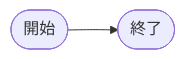
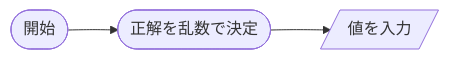
The diagram in README.md (tpu-game-2022/mermaid_test), drawn with Mermaid before and after one commit.

````diff
--- a/README.md
+++ b/README.md
@@ -20,4 +20,5 @@
 ```mermaid
 flowchart LR;
-  A(["開始"]) --> B(["終了"])
+  A(["開始"]) --> B(["正解を乱数で決定"]);
+  B --> C[/値を入力/]
 ```
````
